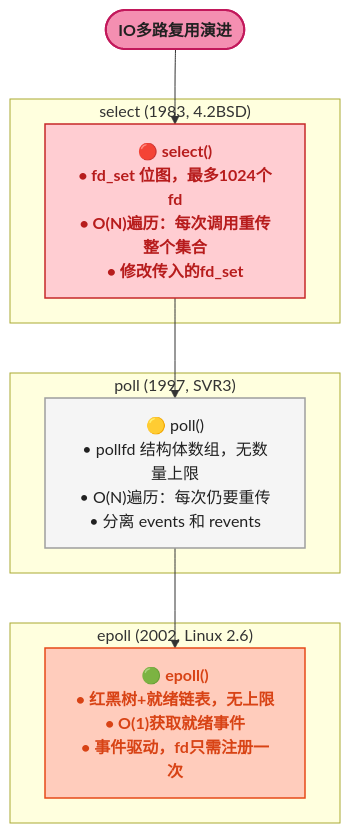
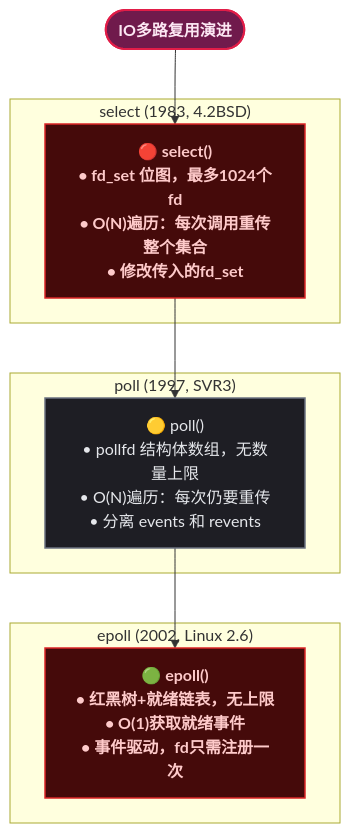
One commit to yaocat55/yaocat55.github.io changed the fifth of 9 diagrams in content/posts/io/LinuxIOModels.md. Above: the diagram before and after it, drawn with Mermaid. The commit also changed other lines of this file and 155 other files, not shown here.

````diff
--- a/content/posts/io/LinuxIOModels.md
+++ b/content/posts/io/LinuxIOModels.md
@@ -293,33 +293,33 @@
 ```mermaid
 flowchart TD
     %% ==========================================
     %% select/poll/epoll 演进
     %% ==========================================
-    classDef startEnd fill:#F48FB1,stroke:#C2185B,stroke-width:2px,color:#212121,font-weight:bold;
-    classDef process fill:#F5F5F5,stroke:#9E9E9E,stroke-width:1.5px,color:#212121;
-    classDef highlight fill:#FFCCBC,stroke:#E64A19,stroke-width:1.5px,color:#D84315,font-weight:bold;
-    classDef reject fill:#FFCDD2,stroke:#C62828,stroke-width:1.5px,color:#B71C1C,font-weight:bold;
+classDef startEnd fill:#701a4c,stroke:#e11d48,stroke-width:2px,color:#fce7f3,font-weight:bold;
+classDef process fill:#1e1e24,stroke:#6b7280,stroke-width:1.5px,color:#e5e7eb;
+classDef highlight fill:#450a0a,stroke:#dc2626,stroke-width:1.5px,color:#fecaca,font-weight:bold;
+classDef reject fill:#450a0a,stroke:#dc2626,stroke-width:1.5px,color:#fecaca,font-weight:bold;
 
     START([IO多路复用演进]) --> SELECT
 
     subgraph S1 ["select (1983, 4.2BSD)"]
         SELECT["🔴 select()\n• fd_set 位图，最多1024个fd\n• O(N)遍历：每次调用重传整个集合\n• 修改传入的fd_set"]
     end
 
     SELECT --> POLL
 
     subgraph S2 ["poll (1997, SVR3)"]
         POLL["🟡 poll()\n• pollfd 结构体数组，无数量上限\n• O(N)遍历：每次仍要重传\n• 分离 events 和 revents"]
     end
 
     POLL --> EPOLL
 
     subgraph S3 ["epoll (2002, Linux 2.6)"]
         EPOLL["🟢 epoll()\n• 红黑树+就绪链表，无上限\n• O(1)获取就绪事件\n• 事件驱动，fd只需注册一次"]
     end
 
     class START startEnd;
     class SELECT reject;
     class POLL process;
     class EPOLL highlight;
 ```
````
